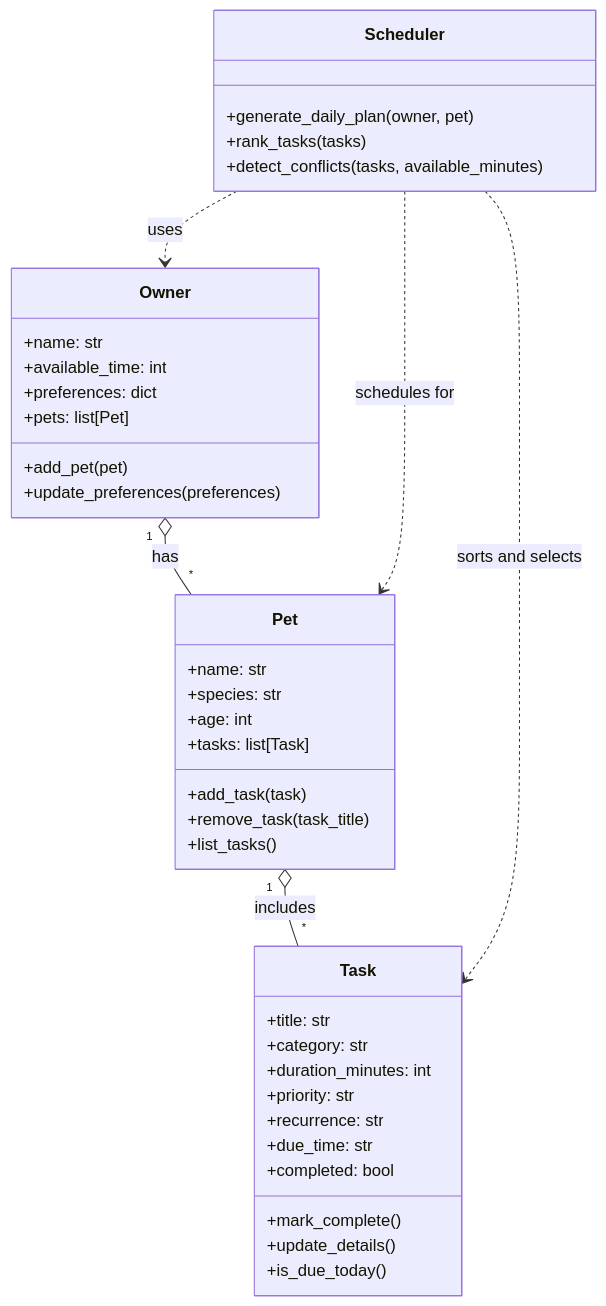
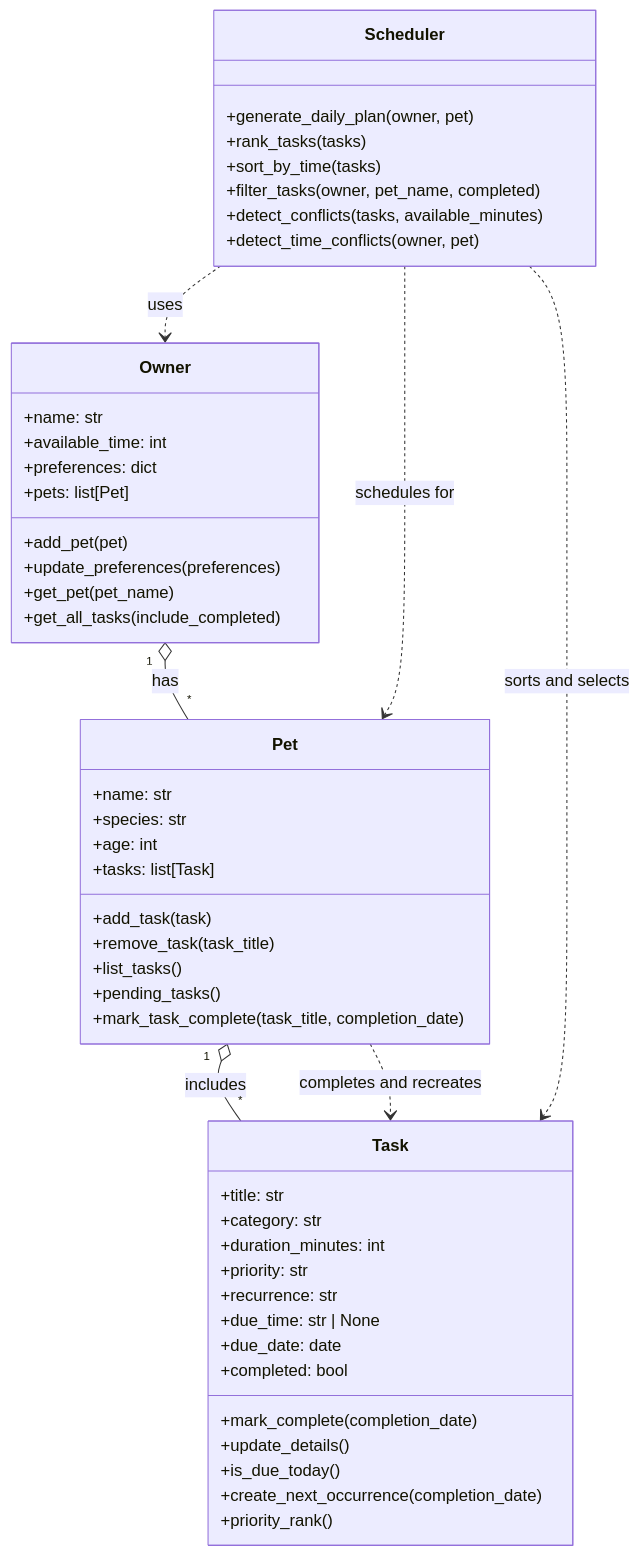
Before and after one commit to adirathodd/ai110-module2show-pawpal-starter: the diagram in reflection.md, drawn with Mermaid. The commit also changed other lines of this file and 10 other files, not shown here.

````diff
--- a/reflection.md
+++ b/reflection.md
@@ -14,46 +14,57 @@
 ```mermaid
 classDiagram
     class Owner {
         +name: str
         +available_time: int
         +preferences: dict
         +pets: list[Pet]
         +add_pet(pet)
         +update_preferences(preferences)
+        +get_pet(pet_name)
+        +get_all_tasks(include_completed)
     }
 
     class Pet {
         +name: str
         +species: str
         +age: int
         +tasks: list[Task]
         +add_task(task)
         +remove_task(task_title)
         +list_tasks()
+        +pending_tasks()
+        +mark_task_complete(task_title, completion_date)
     }
 
     class Task {
         +title: str
         +category: str
         +duration_minutes: int
         +priority: str
         +recurrence: str
-        +due_time: str
+        +due_time: str | None
+        +due_date: date
         +completed: bool
-        +mark_complete()
+        +mark_complete(completion_date)
         +update_details()
         +is_due_today()
+        +create_next_occurrence(completion_date)
+        +priority_rank()
     }
 
     class Scheduler {
         +generate_daily_plan(owner, pet)
         +rank_tasks(tasks)
+        +sort_by_time(tasks)
+        +filter_tasks(owner, pet_name, completed)
         +detect_conflicts(tasks, available_minutes)
+        +detect_time_conflicts(owner, pet)
     }
 
     Owner "1" o-- "*" Pet : has
     Pet "1" o-- "*" Task : includes
+    Pet ..> Task : completes and recreates
     Scheduler ..> Owner : uses
     Scheduler ..> Pet : schedules for
     Scheduler ..> Task : sorts and selects
 ```
````
